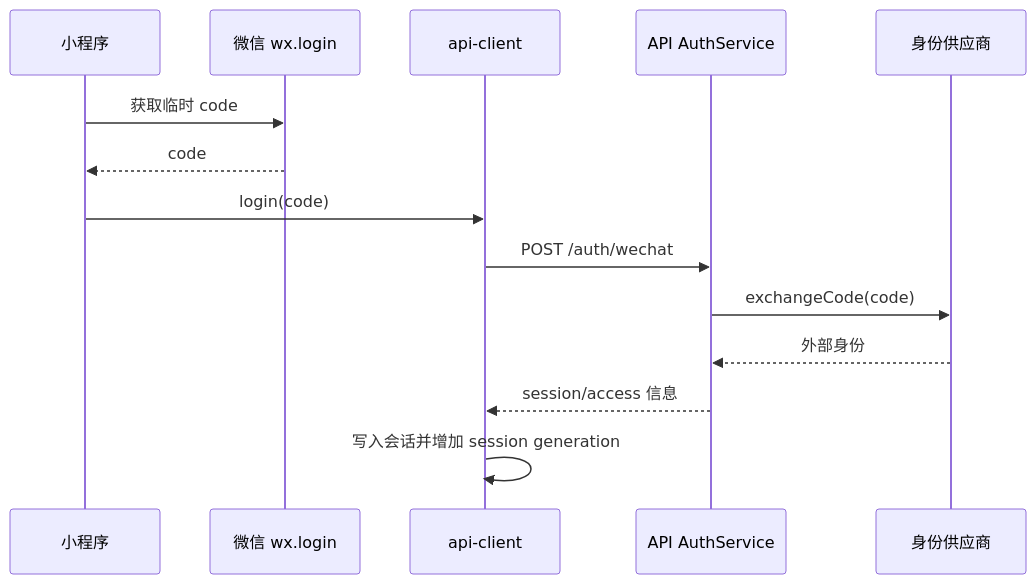
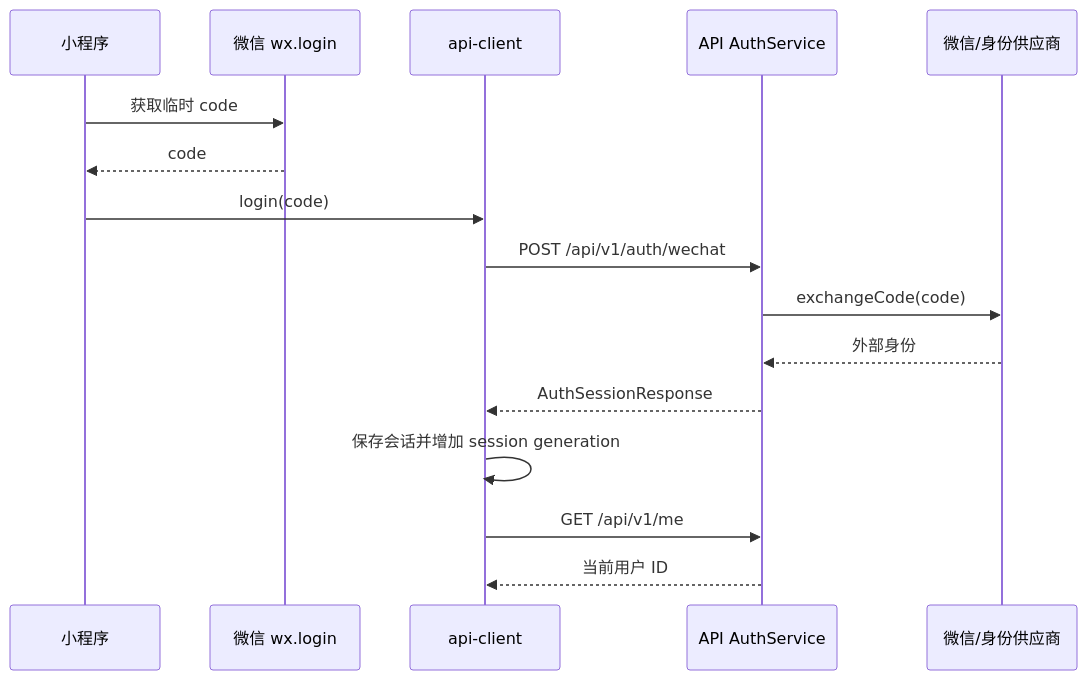
One commit to puzzle-fuzzy/hospital-platform changed the diagram in docs/obsidian/03-接口目录/认证-微信登录.md. Above: the diagram before and after it, drawn with Mermaid. The commit also changed other lines of this file and 38 other files, not shown here.

````diff
--- a/docs/obsidian/03-接口目录/认证-微信登录.md
+++ b/docs/obsidian/03-接口目录/认证-微信登录.md
@@ -14,16 +16,18 @@
 ```mermaid
 sequenceDiagram
     participant U as 小程序
     participant W as 微信 wx.login
     participant C as api-client
     participant A as API AuthService
-    participant P as 身份供应商
+    participant P as 微信/身份供应商
     U->>W: 获取临时 code
     W-->>U: code
     U->>C: login(code)
-    C->>A: POST /auth/wechat
+    C->>A: POST /api/v1/auth/wechat
     A->>P: exchangeCode(code)
     P-->>A: 外部身份
-    A-->>C: session/access 信息
-    C->>C: 写入会话并增加 session generation
+    A-->>C: AuthSessionResponse
+    C->>C: 保存会话并增加 session generation
+    C->>A: GET /api/v1/me
+    A-->>C: 当前用户 ID
 ```
````
